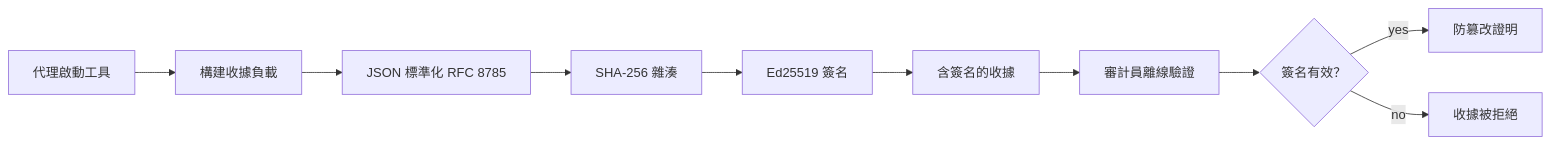
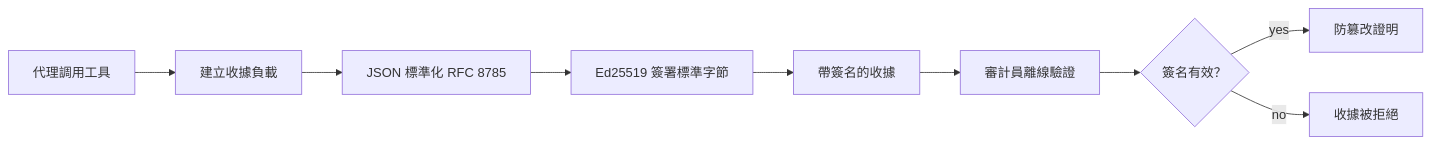
The first of 2 diagrams in translations/zh-MO/18-securing-ai-agents/README.md (microsoft/ai-agents-for-beginners), drawn with Mermaid before and after one commit. The commit also changed other lines of this file and 44 other files, not shown here.

````diff
--- a/translations/zh-MO/18-securing-ai-agents/README.md
+++ b/translations/zh-MO/18-securing-ai-agents/README.md
@@ -51,12 +51,11 @@
 ```mermaid
 flowchart LR
-    A[代理啟動工具] --> B[構建收據負載]
+    A[代理調用工具] --> B[建立收據負載]
     B --> C[JSON 標準化 RFC 8785]
-    C --> D[SHA-256 雜湊]
-    D --> E[Ed25519 簽名]
-    E --> F[含簽名的收據]
+    C --> E[Ed25519 簽署標準字節]
+    E --> F[帶簽名的收據]
     F --> G[審計員離線驗證]
     G --> H{簽名有效？}
     H -- yes --> I[防篡改證明]
     H -- no --> J[收據被拒絕]
 ```
````
